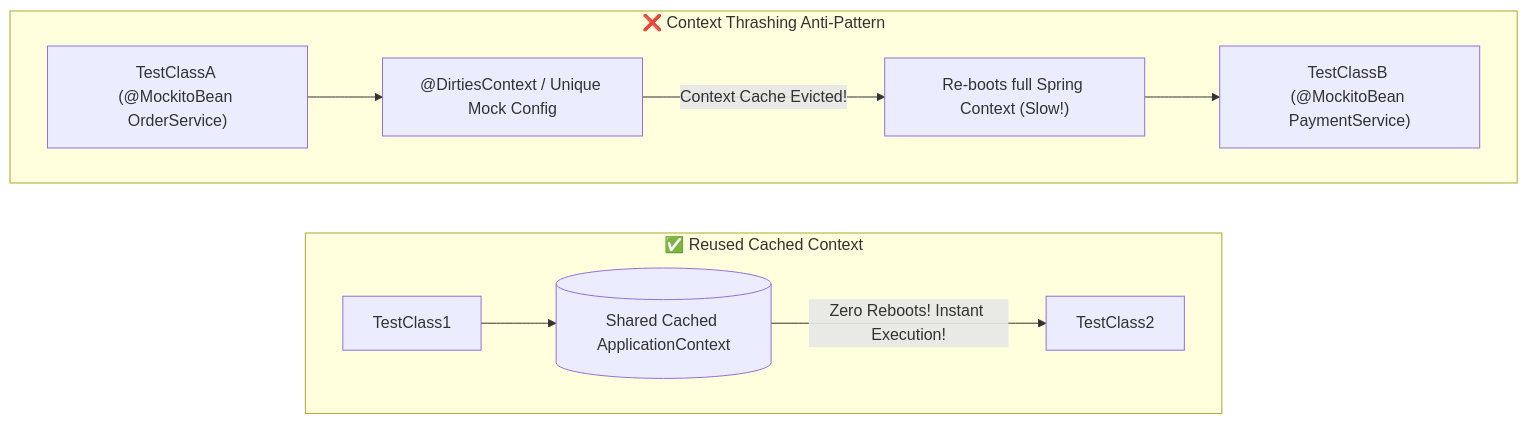
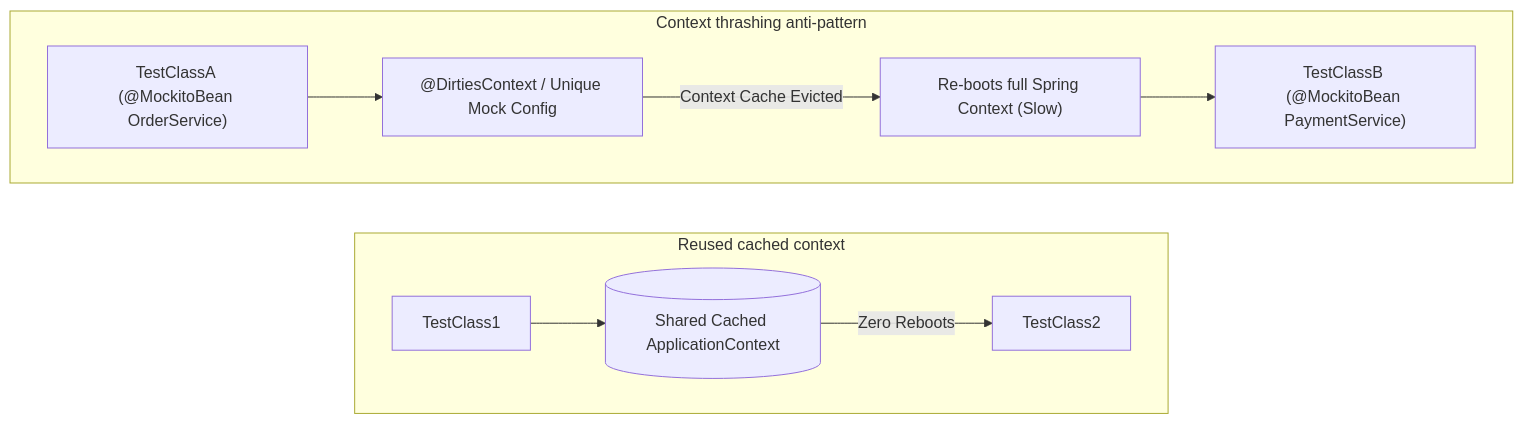
One commit to Rohit1024/spring-boot-mastery changed the second of 2 diagrams in docs/debugging/spring-boot-testing-and-testcontainers-pitfalls.md. Above: the diagram before and after it, drawn with Mermaid. The commit also changed other lines of this file and 117 other files, not shown here.

````diff
--- a/docs/debugging/spring-boot-testing-and-testcontainers-pitfalls.md
+++ b/docs/debugging/spring-boot-testing-and-testcontainers-pitfalls.md
@@ -35,21 +35,21 @@
 ``` mermaid
 flowchart TD
-    subgraph AntiPattern["❌ Context Thrashing Anti-Pattern"]
+    subgraph AntiPattern["Context thrashing anti-pattern"]
         TestA["TestClassA (@MockitoBean OrderService)"]
         Dirties["@DirtiesContext / Unique Mock Config"]
         TestB["TestClassB (@MockitoBean PaymentService)"]
         
-        TestA --> Dirties -->|Context Cache Evicted!| Rebuild["Re-boots full Spring Context (Slow!)"]
+        TestA --> Dirties -->|Context Cache Evicted| Rebuild["Re-boots full Spring Context (Slow)"]
         Rebuild --> TestB
     end
 
-    subgraph BestPractice["✅ Reused Cached Context"]
+    subgraph BestPractice["Reused cached context"]
         Test1["TestClass1"]
         SharedContext[("Shared Cached ApplicationContext")]
         Test2["TestClass2"]
         
-        Test1 --> SharedContext -->|Zero Reboots! Instant Execution!| Test2
+        Test1 --> SharedContext -->|Zero Reboots| Test2
     end
 
     AntiPattern ~~~ BestPractice
 ```
````
